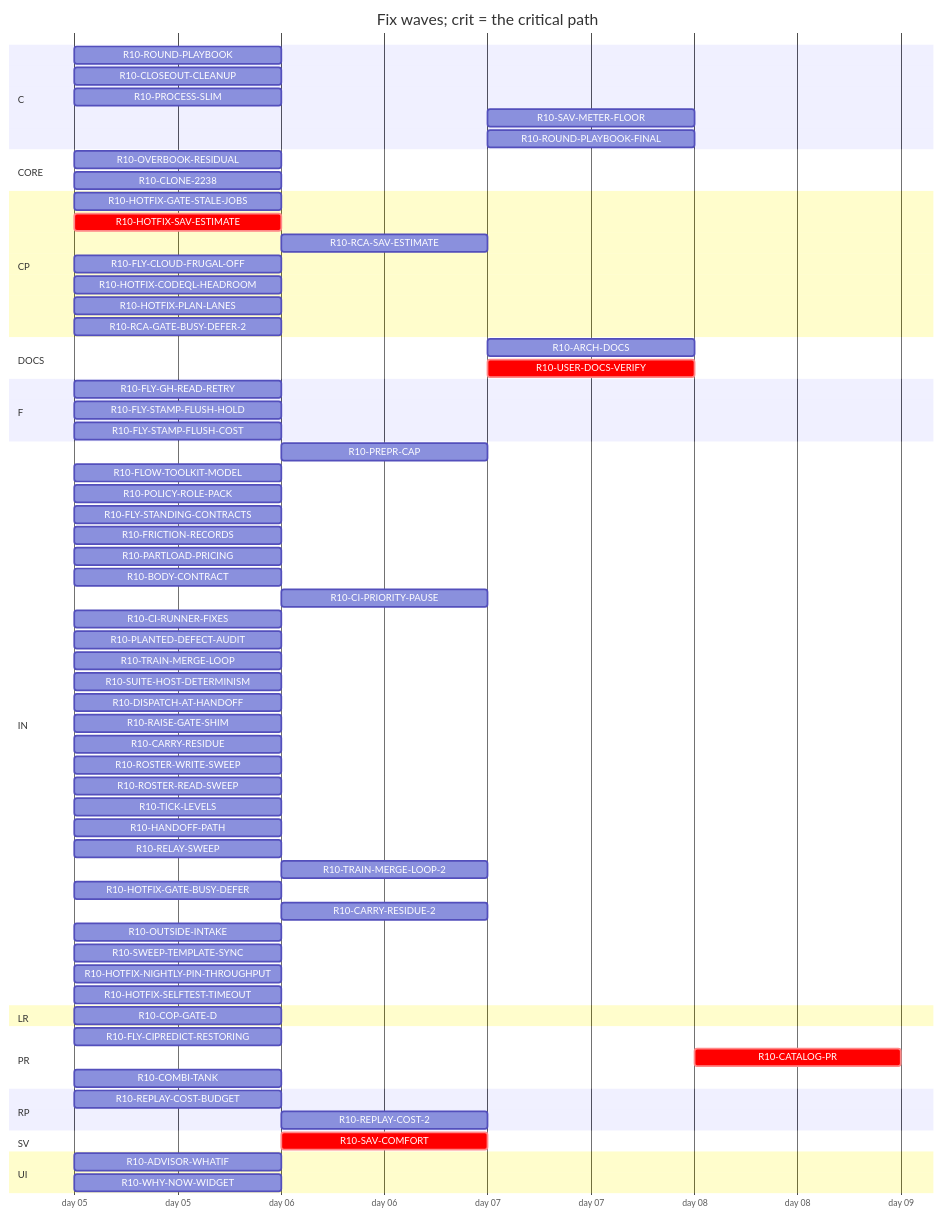
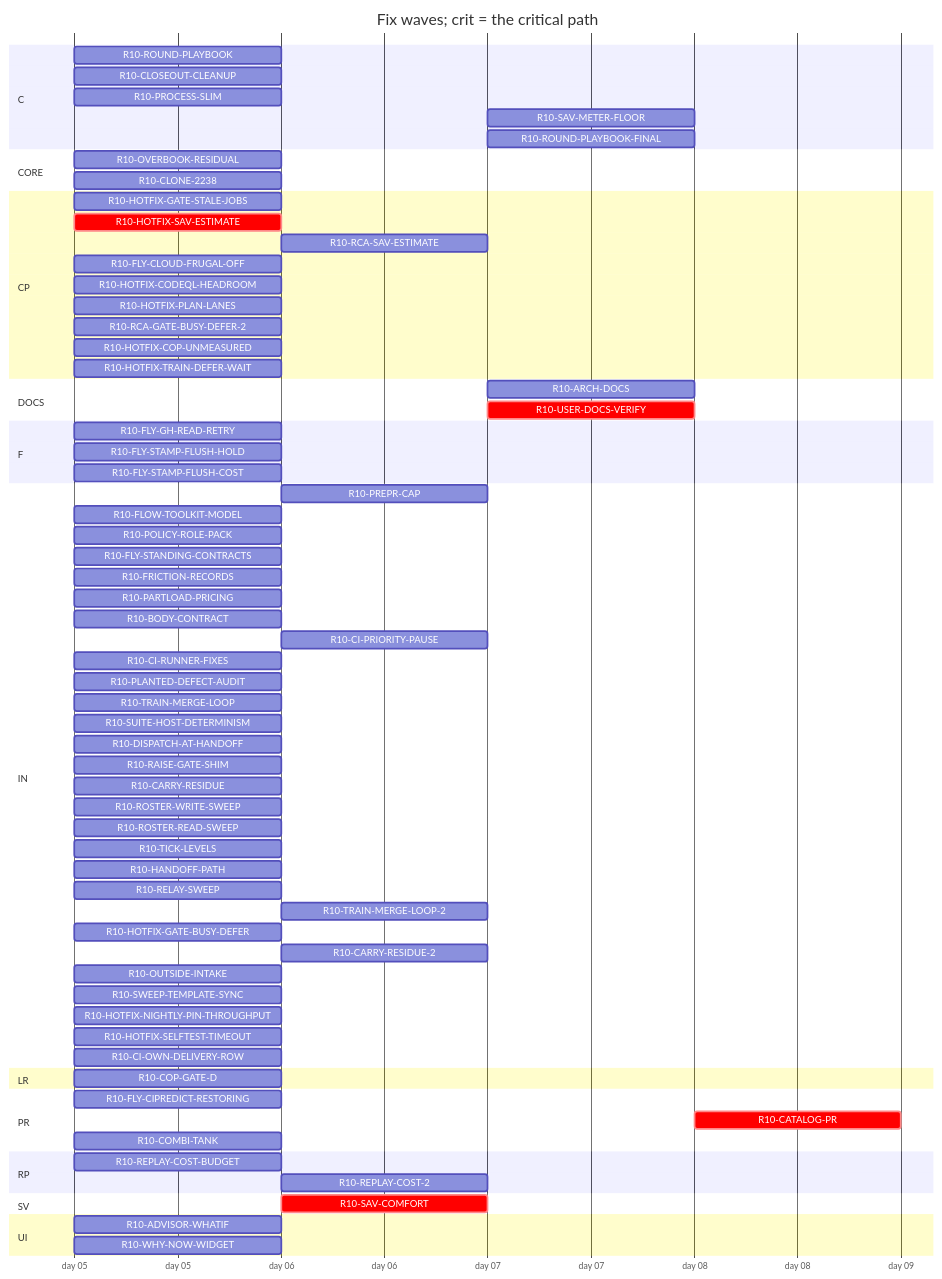
The diagram in handoff/round10/state/PLAN-TABLE.md (tvofi/heatpump_optimizer), drawn with Mermaid before and after one commit. The commit also changed other lines of this file and 3 other files, not shown here.

Commit message:
state: FLOW-BOARD.md, NEXT-SESSION-PROMPT.md, PLAN-TABLE.md, RESUME-CURRENT.md regenerated (state_docs.py)

````diff
--- a/handoff/round10/state/PLAN-TABLE.md
+++ b/handoff/round10/state/PLAN-TABLE.md
@@ -24,72 +24,75 @@
 ```mermaid
 gantt
   title Fix waves; crit = the critical path
   dateFormat YYYY-MM-DD
   axisFormat day %d
   section C
     R10-ROUND-PLAYBOOK :r10ROUNDPLAYBOOK, 2026-01-05, 1d
     R10-CLOSEOUT-CLEANUP :r10CLOSEOUTCLEANUP, 2026-01-05, 1d
     R10-PROCESS-SLIM :r10PROCESSSLIM, 2026-01-05, 1d
     R10-SAV-METER-FLOOR :r10SAVMETERFLOOR, after r10HOTFIXSAVESTIMATE r10SAVCOMFORT, 1d
     R10-ROUND-PLAYBOOK-FINAL :r10ROUNDPLAYBOOKFINAL, after r10PREPRCAP r10HANDOFFPATH r10RELAYSWEEP r10TRAINMERGELOOP r10DISPATCHATHANDOFF r10BODYCONTRACT r10TICKLEVELS r10CIPRIORITYPAUSE r10ROSTERWRITESWEEP r10ROSTERREADSWEEP r10FLYSTANDINGCONTRACTS r10POLICYROLEPACK r10FRICTIONRECORDS r10FLOWTOOLKITMODEL r10CIRUNNERFIXES r10FLYCIPREDICTRESTORING r10RAISEGATESHIM r10PLANTEDDEFECTAUDIT r10FLYGHREADRETRY r10SUITEHOSTDETERMINISM r10ROUNDPLAYBOOK, 1d
   section CORE
     R10-OVERBOOK-RESIDUAL :r10OVERBOOKRESIDUAL, 2026-01-05, 1d
     R10-CLONE-2238 :r10CLONE2238, 2026-01-05, 1d
   section CP
     R10-HOTFIX-GATE-STALE-JOBS :r10HOTFIXGATESTALEJOBS, 2026-01-05, 1d
     R10-HOTFIX-SAV-ESTIMATE :crit, r10HOTFIXSAVESTIMATE, 2026-01-05, 1d
     R10-RCA-SAV-ESTIMATE :r10RCASAVESTIMATE, after r10HOTFIXSAVESTIMATE, 1d
     R10-FLY-CLOUD-FRUGAL-OFF :r10FLYCLOUDFRUGALOFF, 2026-01-05, 1d
     R10-HOTFIX-CODEQL-HEADROOM :r10HOTFIXCODEQLHEADROOM, 2026-01-05, 1d
     R10-HOTFIX-PLAN-LANES :r10HOTFIXPLANLANES, 2026-01-05, 1d
     R10-RCA-GATE-BUSY-DEFER-2 :r10RCAGATEBUSYDEFER2, 2026-01-05, 1d
+    R10-HOTFIX-COP-UNMEASURED :r10HOTFIXCOPUNMEASURED, 2026-01-05, 1d
+    R10-HOTFIX-TRAIN-DEFER-WAIT :r10HOTFIXTRAINDEFERWAIT, 2026-01-05, 1d
   section DOCS
     R10-ARCH-DOCS :r10ARCHDOCS, after r10CARRYRESIDUE r10OVERBOOKRESIDUAL r10CLONE2238 r10SAVCOMFORT r10COPGATED r10WHYNOWWIDGET r10PARTLOADPRICING r10ADVISORWHATIF r10REPLAYCOSTBUDGET r10PREPRCAP r10HANDOFFPATH r10RELAYSWEEP r10TRAINMERGELOOP r10DISPATCHATHANDOFF r10BODYCONTRACT r10TICKLEVELS r10CIPRIORITYPAUSE r10ROSTERWRITESWEEP r10ROSTERREADSWEEP r10FLYSTANDINGCONTRACTS r10POLICYROLEPACK r10FRICTIONRECORDS r10FLOWTOOLKITMODEL r10CIRUNNERFIXES r10FLYCIPREDICTRESTORING r10RAISEGATESHIM r10PLANTEDDEFECTAUDIT r10FLYGHREADRETRY r10SUITEHOSTDETERMINISM, 1d
     R10-USER-DOCS-VERIFY :crit, r10USERDOCSVERIFY, after r10CARRYRESIDUE r10OVERBOOKRESIDUAL r10CLONE2238 r10SAVCOMFORT r10COPGATED r10WHYNOWWIDGET r10PARTLOADPRICING r10ADVISORWHATIF r10REPLAYCOSTBUDGET, 1d
   section F
     R10-FLY-GH-READ-RETRY :r10FLYGHREADRETRY, 2026-01-05, 1d
     R10-FLY-STAMP-FLUSH-HOLD :r10FLYSTAMPFLUSHHOLD, 2026-01-05, 1d
     R10-FLY-STAMP-FLUSH-COST :r10FLYSTAMPFLUSHCOST, 2026-01-05, 1d
   section IN
     R10-PREPR-CAP :r10PREPRCAP, after r10PROCESSSLIM, 1d
     R10-FLOW-TOOLKIT-MODEL :r10FLOWTOOLKITMODEL, 2026-01-05, 1d
     R10-POLICY-ROLE-PACK :r10POLICYROLEPACK, 2026-01-05, 1d
     R10-FLY-STANDING-CONTRACTS :r10FLYSTANDINGCONTRACTS, 2026-01-05, 1d
     R10-FRICTION-RECORDS :r10FRICTIONRECORDS, 2026-01-05, 1d
     R10-PARTLOAD-PRICING :r10PARTLOADPRICING, 2026-01-05, 1d
     R10-BODY-CONTRACT :r10BODYCONTRACT, 2026-01-05, 1d
     R10-CI-PRIORITY-PAUSE :r10CIPRIORITYPAUSE, after r10TICKLEVELS, 1d
     R10-CI-RUNNER-FIXES :r10CIRUNNERFIXES, 2026-01-05, 1d
     R10-PLANTED-DEFECT-AUDIT :r10PLANTEDDEFECTAUDIT, 2026-01-05, 1d
     R10-TRAIN-MERGE-LOOP :r10TRAINMERGELOOP, 2026-01-05, 1d
     R10-SUITE-HOST-DETERMINISM :r10SUITEHOSTDETERMINISM, 2026-01-05, 1d
     R10-DISPATCH-AT-HANDOFF :r10DISPATCHATHANDOFF, 2026-01-05, 1d
     R10-RAISE-GATE-SHIM :r10RAISEGATESHIM, 2026-01-05, 1d
     R10-CARRY-RESIDUE :r10CARRYRESIDUE, 2026-01-05, 1d
     R10-ROSTER-WRITE-SWEEP :r10ROSTERWRITESWEEP, 2026-01-05, 1d
     R10-ROSTER-READ-SWEEP :r10ROSTERREADSWEEP, 2026-01-05, 1d
     R10-TICK-LEVELS :r10TICKLEVELS, 2026-01-05, 1d
     R10-HANDOFF-PATH :r10HANDOFFPATH, 2026-01-05, 1d
     R10-RELAY-SWEEP :r10RELAYSWEEP, 2026-01-05, 1d
     R10-TRAIN-MERGE-LOOP-2 :r10TRAINMERGELOOP2, after r10TRAINMERGELOOP, 1d
     R10-HOTFIX-GATE-BUSY-DEFER :r10HOTFIXGATEBUSYDEFER, 2026-01-05, 1d
     R10-CARRY-RESIDUE-2 :r10CARRYRESIDUE2, after r10CARRYRESIDUE, 1d
     R10-OUTSIDE-INTAKE :r10OUTSIDEINTAKE, 2026-01-05, 1d
     R10-SWEEP-TEMPLATE-SYNC :r10SWEEPTEMPLATESYNC, 2026-01-05, 1d
     R10-HOTFIX-NIGHTLY-PIN-THROUGHPUT :r10HOTFIXNIGHTLYPINTHROUGHPUT, 2026-01-05, 1d
     R10-HOTFIX-SELFTEST-TIMEOUT :r10HOTFIXSELFTESTTIMEOUT, 2026-01-05, 1d
+    R10-CI-OWN-DELIVERY-ROW :r10CIOWNDELIVERYROW, 2026-01-05, 1d
   section LR
     R10-COP-GATE-D :r10COPGATED, 2026-01-05, 1d
   section PR
     R10-FLY-CIPREDICT-RESTORING :r10FLYCIPREDICTRESTORING, 2026-01-05, 1d
     R10-CATALOG-PR :crit, r10CATALOGPR, after r10USERDOCSVERIFY r10ARCHDOCS r10ROUNDPLAYBOOKFINAL r10CLOSEOUTCLEANUP, 1d
     R10-COMBI-TANK :r10COMBITANK, 2026-01-05, 1d
   section RP
     R10-REPLAY-COST-BUDGET :r10REPLAYCOSTBUDGET, 2026-01-05, 1d
     R10-REPLAY-COST-2 :r10REPLAYCOST2, after r10REPLAYCOSTBUDGET, 1d
   section SV
     R10-SAV-COMFORT :crit, r10SAVCOMFORT, after r10HOTFIXSAVESTIMATE, 1d
   section UI
     R10-ADVISOR-WHATIF :r10ADVISORWHATIF, 2026-01-05, 1d
     R10-WHY-NOW-WIDGET :r10WHYNOWWIDGET, 2026-01-05, 1d
 ```
````
